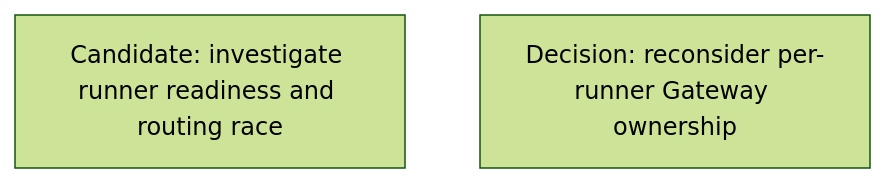
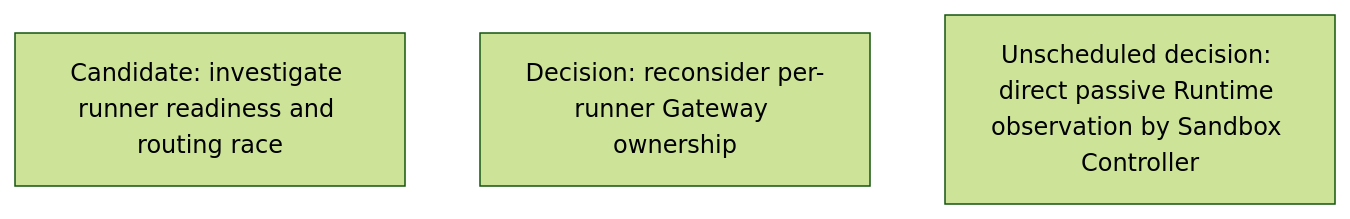
Diagram 13 of 18 in agentplane/plans/task_dag.md (agentydragon/ducktape), drawn with Mermaid (forest theme) before and after one commit. The commit also changed other lines of this file and 1 other file, not shown here.

Commit message:
agentplane: propose direct Controller observation of Runtime facts

````diff
--- a/agentplane/plans/task_dag.md
+++ b/agentplane/plans/task_dag.md
@@ -2212,5 +2212,6 @@
 ```mermaid
 flowchart TD
     RUNNER_OBSERVATION_READINESS_RACE[Candidate: investigate runner readiness and routing race]
     RUNNER_GATEWAY_REPLICA_OWNERSHIP_DESIGN[Decision: reconsider per-runner Gateway ownership]
+    RUNNER_STATE_OBSERVATION[Unscheduled decision: direct passive Runtime observation by Sandbox Controller]
 ```
````
